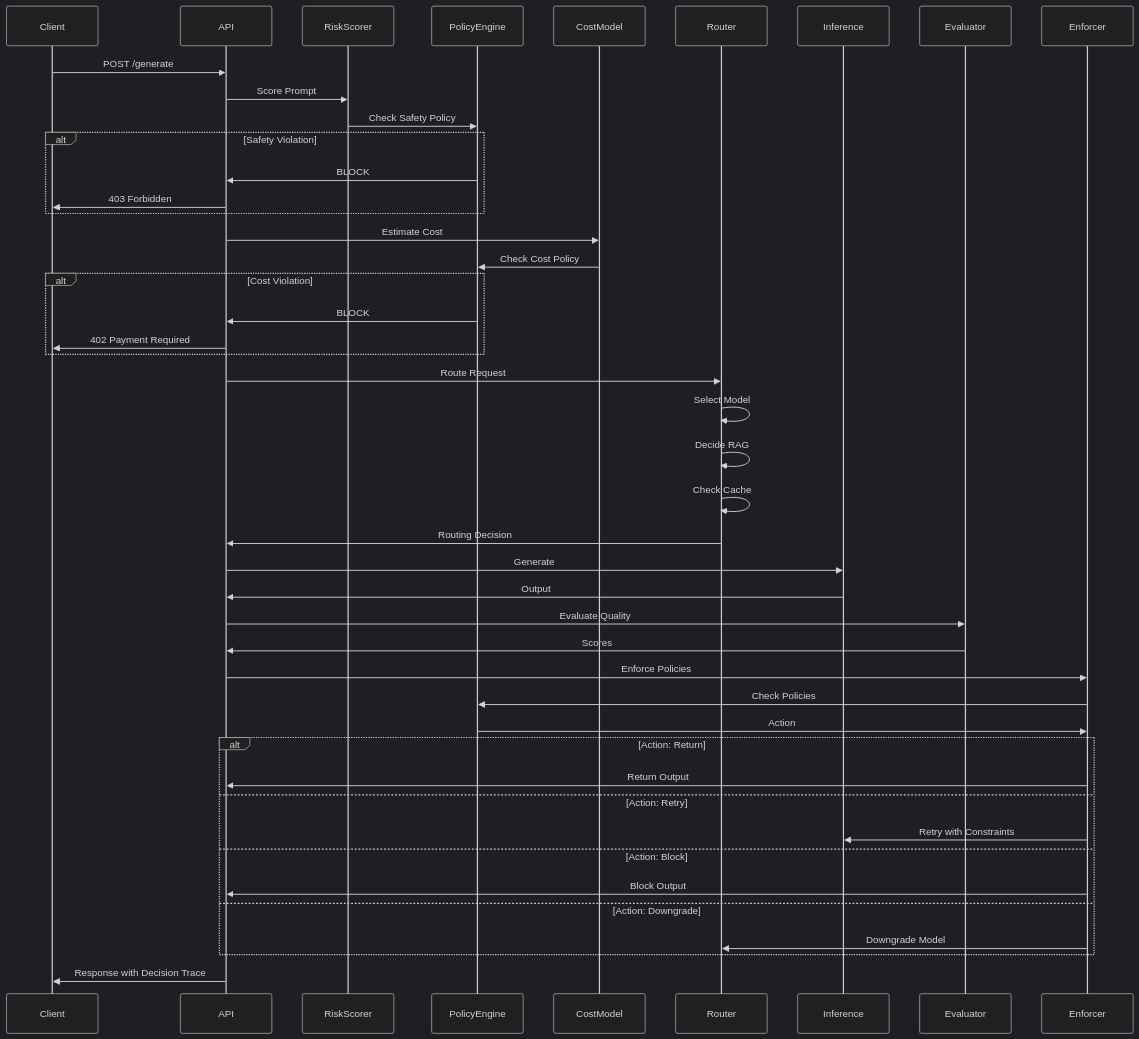
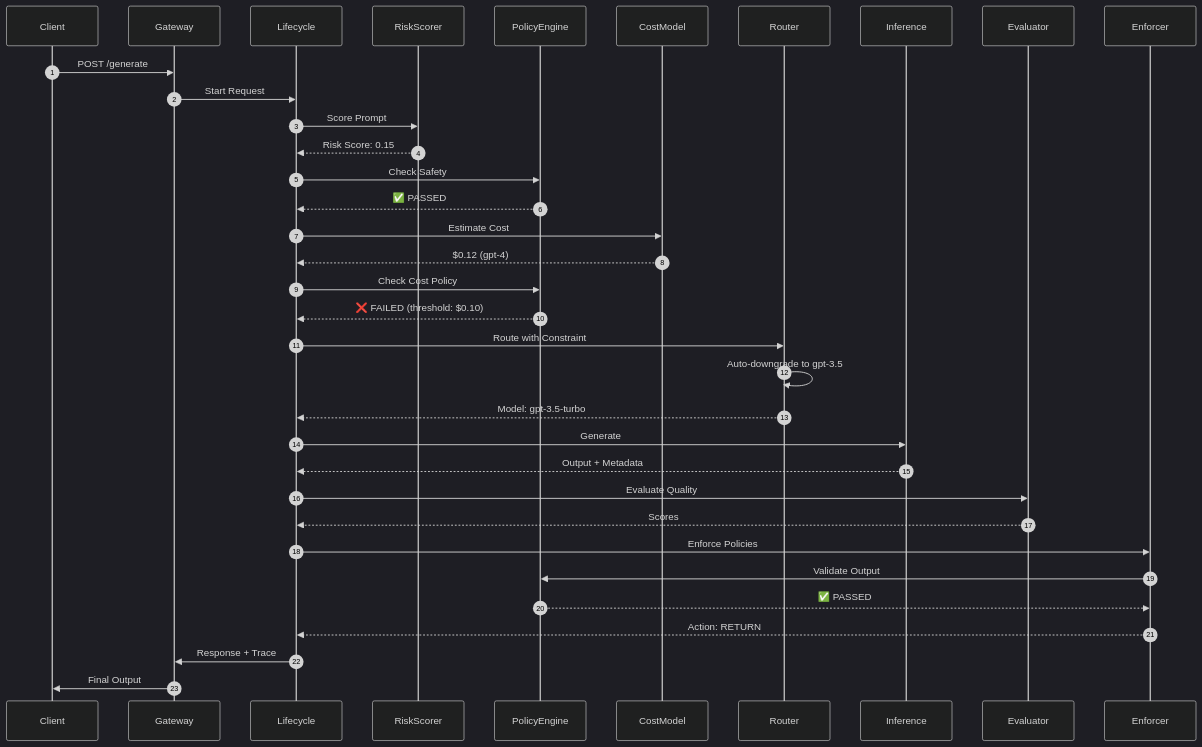
The second of 4 diagrams in README.md (Amankhan2370/ai-runtime-governance), drawn with Mermaid (dark theme) before and after one commit. The commit also changed other lines of this file, not shown here.

Commit message:
Enhance README with futuristic design, advanced diagrams, and comprehensive documentation

````diff
--- a/README.md
+++ b/README.md
@@ -134,56 +155,47 @@
 ```mermaid
 sequenceDiagram
+    autonumber
     participant Client
-    participant API
+    participant Gateway
+    participant Lifecycle
     participant RiskScorer
     participant PolicyEngine
     participant CostModel
     participant Router
     participant Inference
     participant Evaluator
     participant Enforcer
     
-    Client->>API: POST /generate
-    API->>RiskScorer: Score Prompt
+    Client->>Gateway: POST /generate
+    Gateway->>Lifecycle: Start Request
     
-    RiskScorer->>PolicyEngine: Check Safety Policy
-    alt Safety Violation
-        PolicyEngine->>API: BLOCK
-        API->>Client: 403 Forbidden
-    end
+    Lifecycle->>RiskScorer: Score Prompt
+    RiskScorer-->>Lifecycle: Risk Score: 0.15
     
-    API->>CostModel: Estimate Cost
-    CostModel->>PolicyEngine: Check Cost Policy
-    alt Cost Violation
-        PolicyEngine->>API: BLOCK
-        API->>Client: 402 Payment Required
-    end
+    Lifecycle->>PolicyEngine: Check Safety
+    PolicyEngine-->>Lifecycle: ✅ PASSED
     
-    API->>Router: Route Request
-    Router->>Router: Select Model
-    Router->>Router: Decide RAG
-    Router->>Router: Check Cache
-    Router->>API: Routing Decision
+    Lifecycle->>CostModel: Estimate Cost
+    CostModel-->>Lifecycle: $0.12 (gpt-4)
     
-    API->>Inference: Generate
-    Inference->>API: Output
+    Lifecycle->>PolicyEngine: Check Cost Policy
+    PolicyEngine-->>Lifecycle: ❌ FAILED (threshold: $0.10)
     
-    API->>Evaluator: Evaluate Quality
-    Evaluator->>API: Scores
+    Lifecycle->>Router: Route with Constraint
+    Router->>Router: Auto-downgrade to gpt-3.5
+    Router-->>Lifecycle: Model: gpt-3.5-turbo
     
-    API->>Enforcer: Enforce Policies
-    Enforcer->>PolicyEngine: Check Policies
-    PolicyEngine->>Enforcer: Action
+    Lifecycle->>Inference: Generate
+    Inference-->>Lifecycle: Output + Metadata
     
-    alt Action: Return
-        Enforcer->>API: Return Output
-    else Action: Retry
-        Enforcer->>Inference: Retry with Constraints
-    else Action: Block
-        Enforcer->>API: Block Output
-    else Action: Downgrade
-        Enforcer->>Router: Downgrade Model
-    end
+    Lifecycle->>Evaluator: Evaluate Quality
+    Evaluator-->>Lifecycle: Scores
     
-    API->>Client: Response with Decision Trace
+    Lifecycle->>Enforcer: Enforce Policies
+    Enforcer->>PolicyEngine: Validate Output
+    PolicyEngine-->>Enforcer: ✅ PASSED
+    Enforcer-->>Lifecycle: Action: RETURN
+    
+    Lifecycle->>Gateway: Response + Trace
+    Gateway->>Client: Final Output
 ```
````
